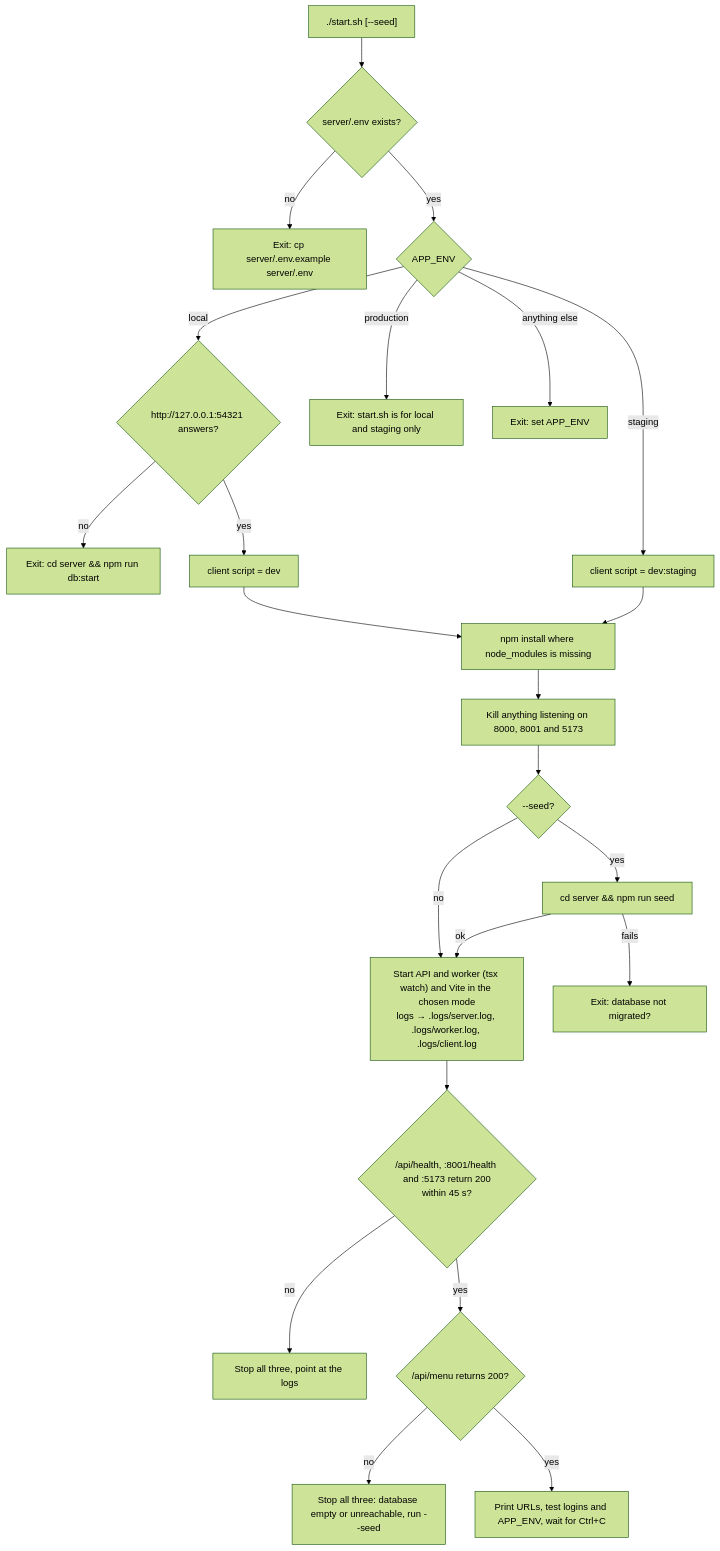
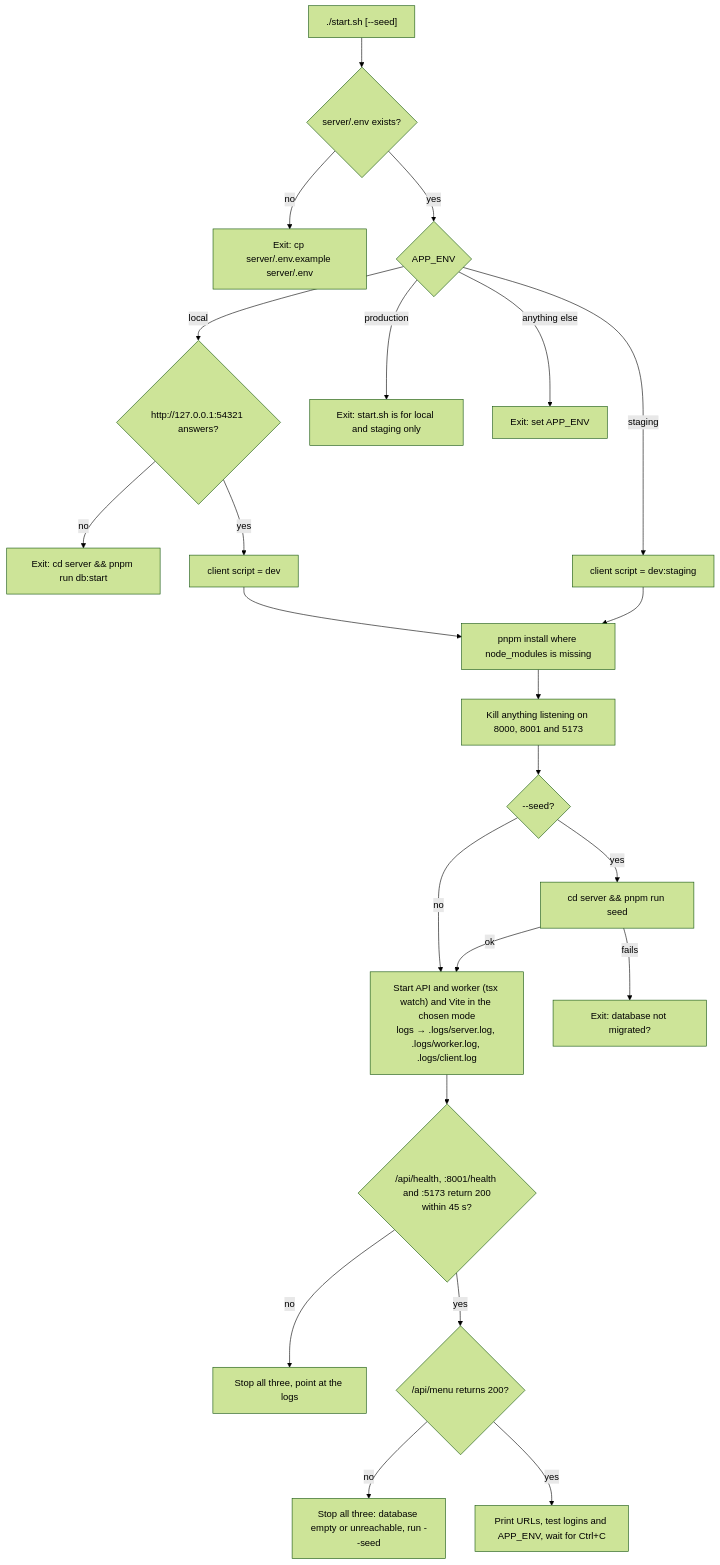
One commit to The-KhaNha/KhaNha changed the third of 4 diagrams in docs/DEPLOYMENT.md. Above: the diagram before and after it, drawn with Mermaid (forest theme). The commit also changed other lines of this file and 86 other files, not shown here.

````diff
--- a/docs/DEPLOYMENT.md
+++ b/docs/DEPLOYMENT.md
@@ -221,25 +221,25 @@
 ```mermaid
 flowchart TD
   S["./start.sh [--seed]"] --> Env{"server/.env exists?"}
   Env -->|"no"| X1["Exit: cp server/.env.example server/.env"]
   Env -->|"yes"| App{"APP_ENV"}
   App -->|"local"| Up{"http://127.0.0.1:54321 answers?"}
-  Up -->|"no"| X2["Exit: cd server && npm run db:start"]
+  Up -->|"no"| X2["Exit: cd server && pnpm run db:start"]
   Up -->|"yes"| ModeL["client script = dev"]
   App -->|"staging"| ModeS["client script = dev:staging"]
   App -->|"production"| X3["Exit: start.sh is for local and staging only"]
   App -->|"anything else"| X4["Exit: set APP_ENV"]
   ModeL --> Deps
   ModeS --> Deps
-  Deps["npm install where node_modules is missing"] --> Ports["Kill anything listening on 8000, 8001 and 5173"]
+  Deps["pnpm install where node_modules is missing"] --> Ports["Kill anything listening on 8000, 8001 and 5173"]
   Ports --> Seed{"--seed?"}
-  Seed -->|"yes"| RunSeed["cd server && npm run seed"]
+  Seed -->|"yes"| RunSeed["cd server && pnpm run seed"]
   Seed -->|"no"| Start
   RunSeed -->|"fails"| X5["Exit: database not migrated?"]
   RunSeed -->|"ok"| Start
   Start["Start API and worker (tsx watch) and Vite in the chosen mode<br/>logs → .logs/server.log, .logs/worker.log, .logs/client.log"] --> Wait{"/api/health, :8001/health and :5173 return 200<br/>within 45 s?"}
   Wait -->|"no"| X6["Stop all three, point at the logs"]
   Wait -->|"yes"| Menu{"/api/menu returns 200?"}
   Menu -->|"no"| X7["Stop all three: database empty or unreachable, run --seed"]
   Menu -->|"yes"| Ready["Print URLs, test logins and APP_ENV, wait for Ctrl+C"]
 ```
````
